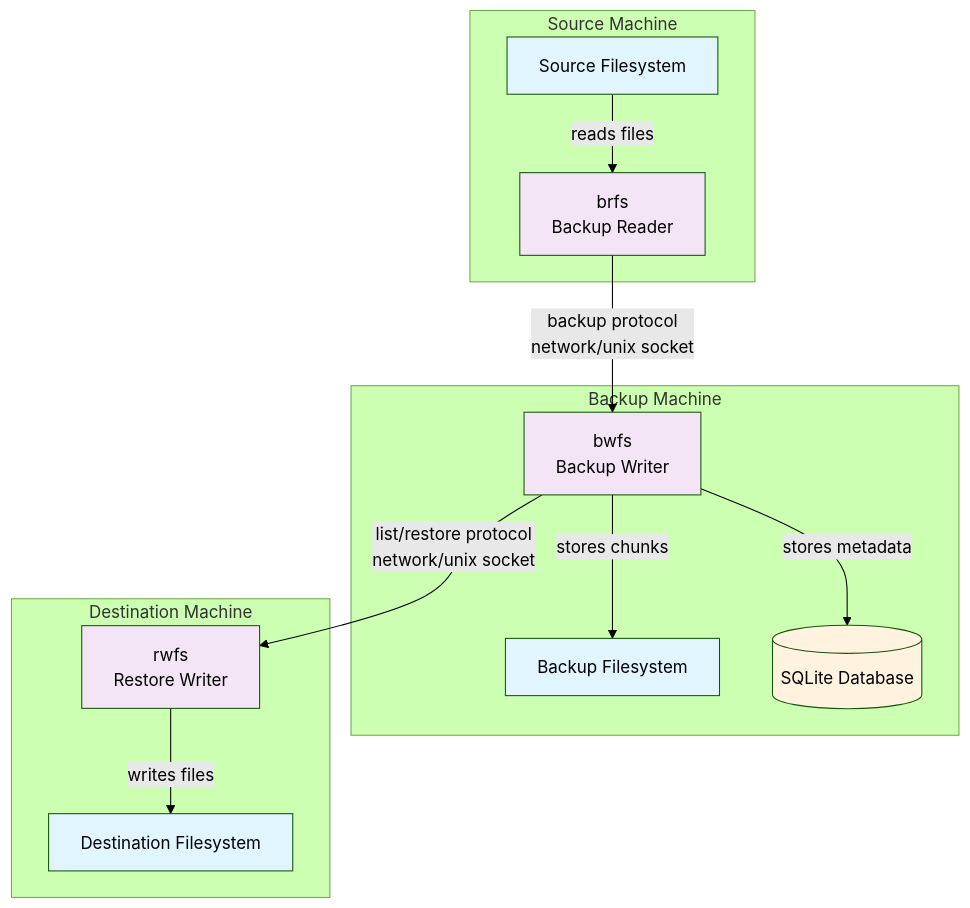
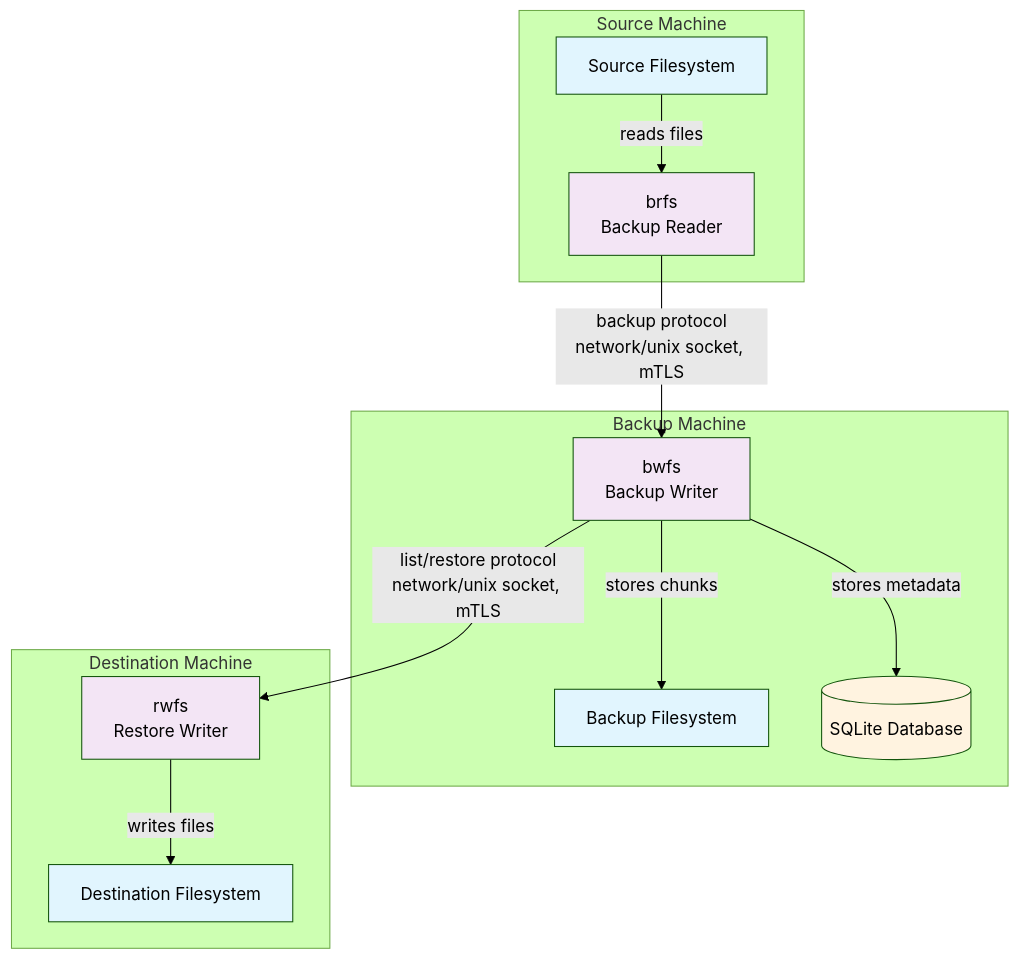
The diagram in docs/ARCHITECTURE.md (alex-sviridov/miniprotector), drawn with Mermaid (forest theme) before and after one commit. The commit also changed other lines of this file and 3 other files, not shown here.

Commit message:
docs: document mandatory mTLS transport across bwfs/brfs/rwfs

````diff
--- a/docs/ARCHITECTURE.md
+++ b/docs/ARCHITECTURE.md
@@ -28,38 +28,38 @@
 ```mermaid
 graph TB
     subgraph "Source Machine"
         SrcFS[Source Filesystem]
         brfs[brfs<br/>Backup Reader]
     end
 
     subgraph "Backup Machine"
         bwfs[bwfs<br/>Backup Writer]
         BackupFS[Backup Filesystem]
         DB[(SQLite Database)]
     end
 
     subgraph "Destination Machine"
         rwfs[rwfs<br/>Restore Writer]
         DstFS[Destination Filesystem]
     end
 
     %% Backup Flow
     SrcFS -->|reads files| brfs
-    brfs -->|backup protocol<br/>network/unix socket| bwfs
+    brfs -->|backup protocol<br/>network/unix socket, mTLS| bwfs
     bwfs -->|stores chunks| BackupFS
     bwfs -->|stores metadata| DB
 
     %% Restore Flow (list/verify implemented)
-    bwfs -->|list/restore protocol<br/>network/unix socket| rwfs
+    bwfs -->|list/restore protocol<br/>network/unix socket, mTLS| rwfs
     rwfs -->|writes files| DstFS
 
     classDef filesystem fill:#e1f5fe
     classDef component fill:#f3e5f5
     classDef planned fill:#f5f5f5,stroke-dasharray:5
     classDef database fill:#fff3e0
 
     class SrcFS,BackupFS,DstFS filesystem
     class brfs,bwfs component
     class rwfs component
     class DB database
 ```
````
